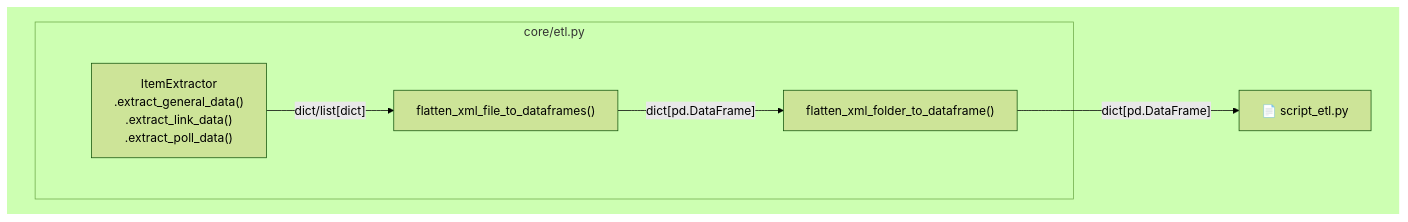
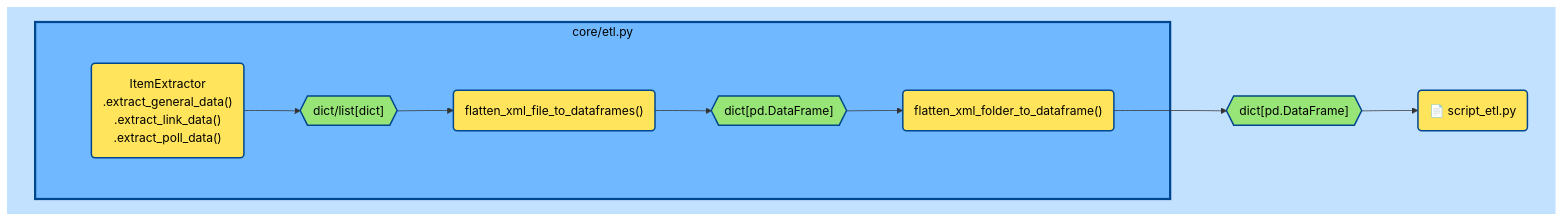
The second of 2 diagrams in content/blog/boardgames_part_one.md (andrewKOwong/mixedconclusions), drawn with Mermaid before and after one commit. The commit also changed other lines of this file, not shown here.

Commit message:
Update: redesign mermaid diagrams

````diff
--- a/content/blog/boardgames_part_one.md
+++ b/content/blog/boardgames_part_one.md
@@ -736,20 +745,35 @@
 ```mermaid
-%%{init: {'theme':'forest'}}%%
 graph TD
+    classDef empty fill:None, stroke:None;
+    classDef etl_box stroke:#00478F, stroke-width:3px, fill:#70B8FF, color:black;
+    classDef bg_box stroke:None, fill:#C2E1FF;
+    classDef nodes stroke:#00478F, stroke-width:2px, fill:#FFE45C, color:black;
+    classDef data_nodes stroke:#00478F, stroke-width:2px, fill:#97E576;
     classDef emptypadding fill:None, stroke:None;
     classDef backgroundbox stroke:None;
 
- subgraph background [ ]
-    folder_func["flatten_xml_folder_to_dataframe()"] -->|"dict[pd.DataFrame]"|script["📄 script_etl.py"];
- subgraph core/etl.py
- subgraph padding1 [ ]
-    ItemExtractor["ItemExtractor<br>.extract_general_data() <br> .extract_link_data() <br> .extract_poll_data()"];
-    ItemExtractor --> |"dict/list[dict]"|file_func;
-    file_func["flatten_xml_file_to_dataframes()"] --> |"dict[pd.DataFrame]"|folder_func;
- end
- end
- end
-class padding1 emptypadding
-class background backgroundbox
+    script("📄 script_etl.py")
+    folder("flatten_xml_folder_to_dataframe()")
+    file("flatten_xml_file_to_dataframes()")
+    item("ItemExtractor<br>.extract_general_data() <br> .extract_link_data() <br> .extract_poll_data()")
+    dld{{"dict/list[dict]"}}
+    dpd1{{"dict[pd.DataFrame]"}}
+    dpd2{{"dict[pd.DataFrame]"}}
+
+    subgraph bg [ ]
+        folder --> dpd2 --> script;
+        subgraph core/etl.py
+            subgraph padding [ ]
+                item --> dld --> file
+                file --> dpd1 --> folder
+            end
+        end
+    end
+
+class script,folder,file,item nodes
+class dld,dpd1,dpd2 data_nodes
+class core/etl.py etl_box
+class padding empty
+class bg bg_box
 
 ```
````
